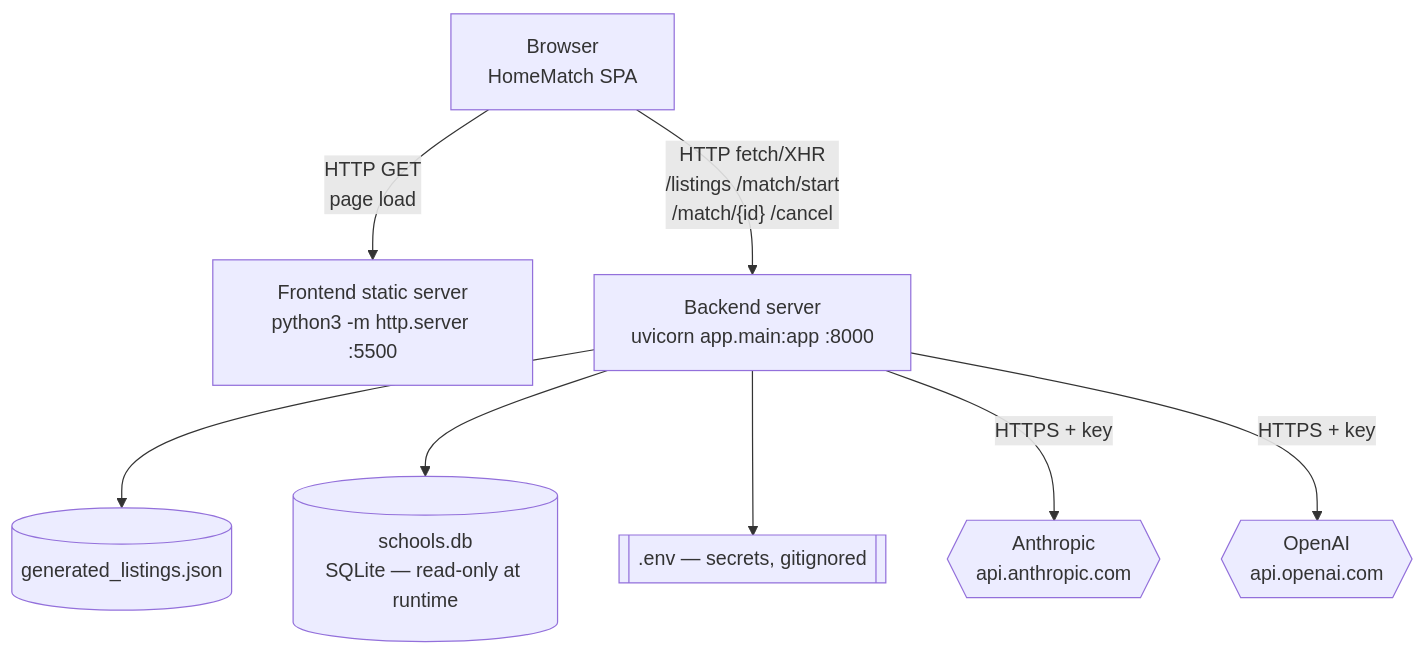
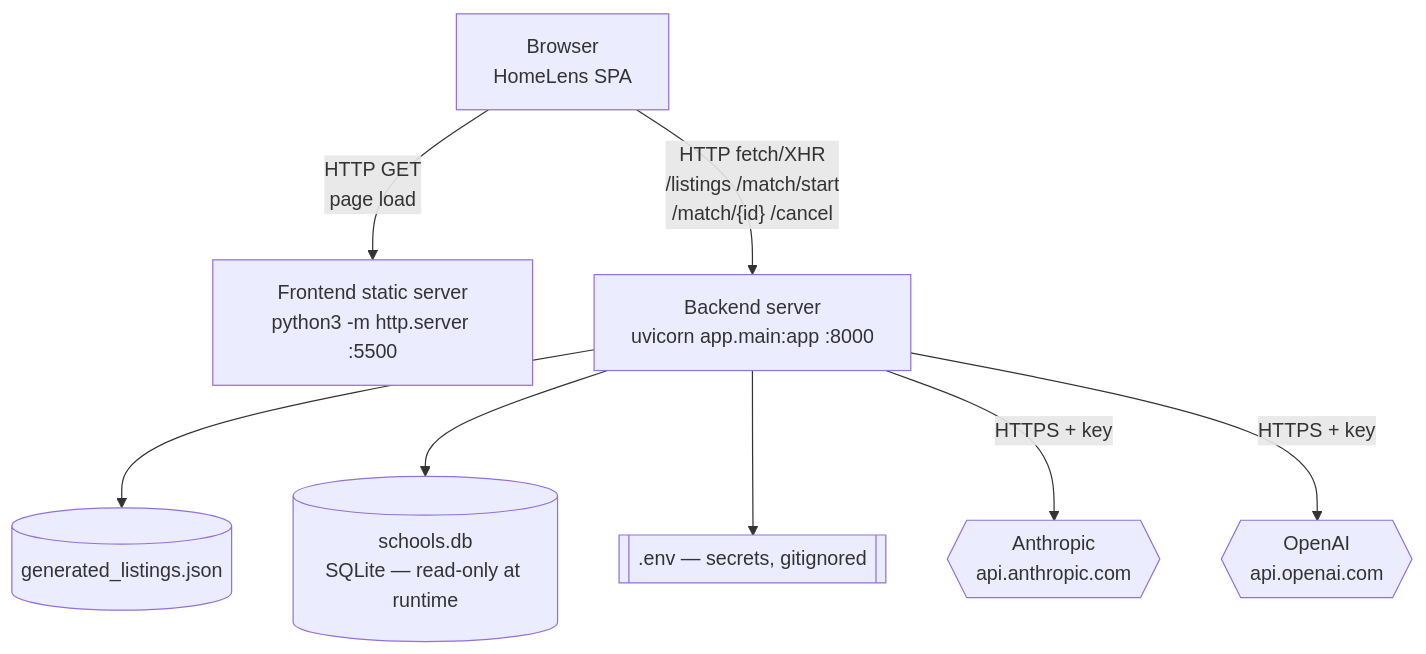
Before and after one commit to KhushbuVaishnav/HomeLens: the third of 6 diagrams in docs/architecture.md, drawn with Mermaid. The commit also changed 8 other files, not shown here.

````diff
--- a/docs/architecture.md
+++ b/docs/architecture.md
@@ -99,19 +99,19 @@
 ```mermaid
 flowchart TD
-    Browser["Browser<br/>HomeMatch SPA"]
+    Browser["Browser<br/>HomeLens SPA"]
     FrontendServer["Frontend static server<br/>python3 -m http.server :5500"]
     Backend["Backend server<br/>uvicorn app.main:app :8000"]
     GenFile[("generated_listings.json")]
     SchoolsDB[("schools.db<br/>SQLite — read-only at runtime")]
     EnvFile[[".env — secrets, gitignored"]]
     AnthropicCloud{{"Anthropic<br/>api.anthropic.com"}}
     OpenAICloud{{"OpenAI<br/>api.openai.com"}}
 
     Browser -->|"HTTP GET<br/>page load"| FrontendServer
     Browser -->|"HTTP fetch/XHR<br/>/listings /match/start<br/>/match/{id} /cancel"| Backend
     Backend --> GenFile
     Backend --> SchoolsDB
     Backend --> EnvFile
     Backend -->|"HTTPS + key"| AnthropicCloud
     Backend -->|"HTTPS + key"| OpenAICloud
 ```
````
